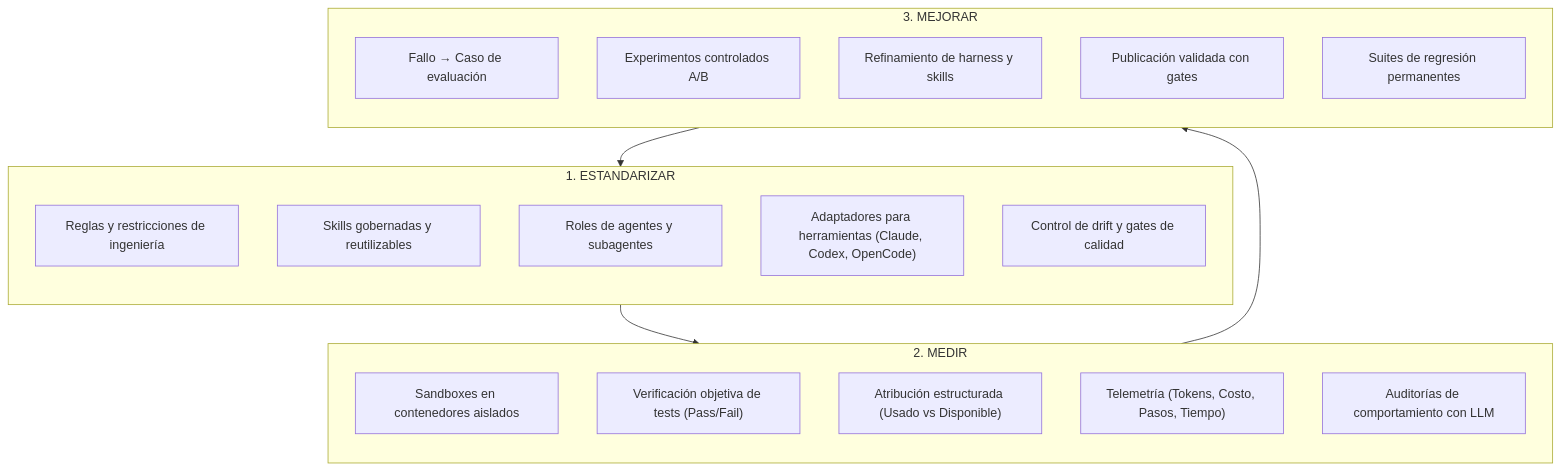
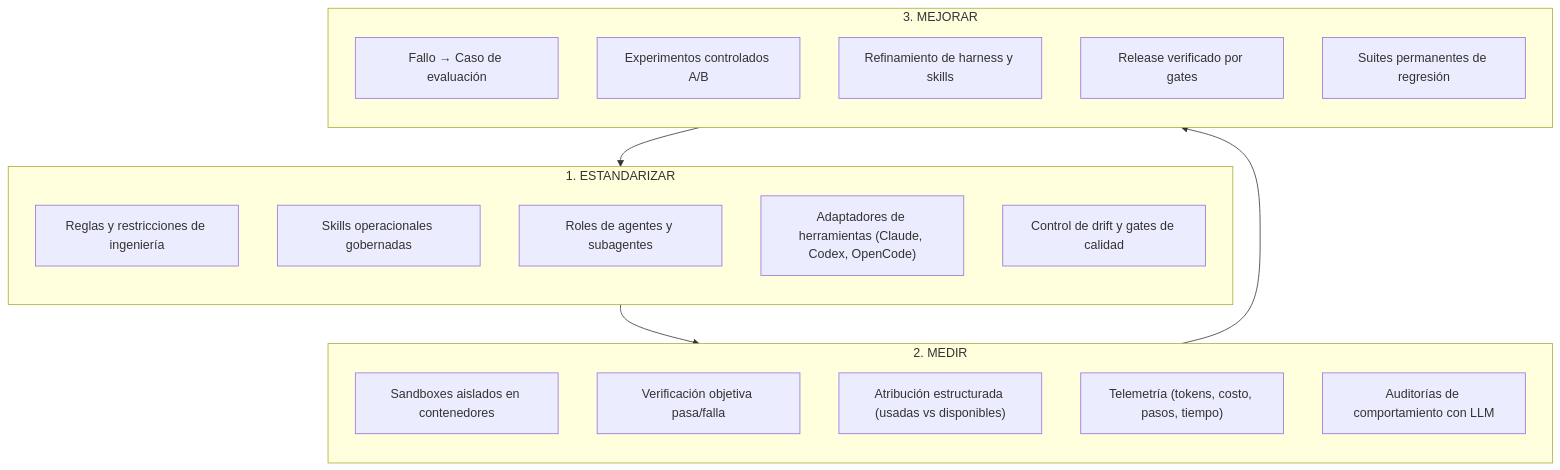
One commit to marcosdh1987/harness-engineering-guide changed the second of 3 diagrams in docs/es/index.md. Above: the diagram before and after it, drawn with Mermaid. The commit also changed other lines of this file and 120 other files, not shown here.

````diff
--- a/docs/es/index.md
+++ b/docs/es/index.md
@@ -37,31 +37,31 @@
 ```mermaid
 flowchart TB
     subgraph S["1. ESTANDARIZAR"]
         direction TB
         S1["Reglas y restricciones de ingeniería"]
-        S2["Skills gobernadas y reutilizables"]
+        S2["Skills operacionales gobernadas"]
         S3["Roles de agentes y subagentes"]
-        S4["Adaptadores para herramientas (Claude, Codex, OpenCode)"]
+        S4["Adaptadores de herramientas (Claude, Codex, OpenCode)"]
         S5["Control de drift y gates de calidad"]
     end
 
     subgraph M["2. MEDIR"]
         direction TB
-        M1["Sandboxes en contenedores aislados"]
-        M2["Verificación objetiva de tests (Pass/Fail)"]
-        M3["Atribución estructurada (Usado vs Disponible)"]
-        M4["Telemetría (Tokens, Costo, Pasos, Tiempo)"]
+        M1["Sandboxes aislados en contenedores"]
+        M2["Verificación objetiva pasa/falla"]
+        M3["Atribución estructurada (usadas vs disponibles)"]
+        M4["Telemetría (tokens, costo, pasos, tiempo)"]
         M5["Auditorías de comportamiento con LLM"]
     end
 
     subgraph I["3. MEJORAR"]
         direction TB
         I1["Fallo → Caso de evaluación"]
         I2["Experimentos controlados A/B"]
         I3["Refinamiento de harness y skills"]
-        I4["Publicación validada con gates"]
-        I5["Suites de regresión permanentes"]
+        I4["Release verificado por gates"]
+        I5["Suites permanentes de regresión"]
     end
 
     S --> M --> I --> S
 ```
````
